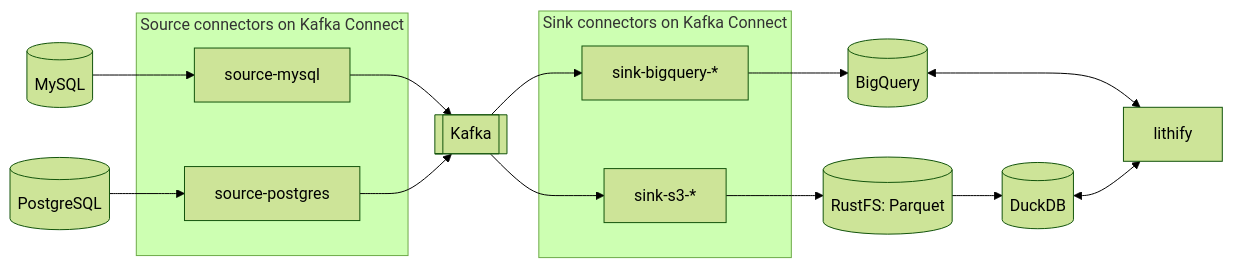
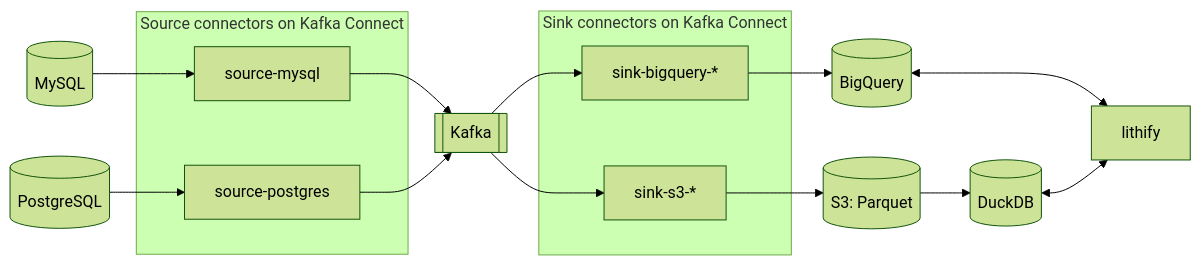
One commit to hayas1/lithify changed the diagram in README.md. Above: the diagram before and after it, drawn with Mermaid (forest theme).

Commit message:
Draw the store the sink writes to as S3
The front page shows lithify outside the local stack, where the change
log lands in S3; RustFS stays a detail of the stack in compose.

Claude-Session: https://claude.ai/code/session_019J7JXgaympUb8HGZaGuxx5

````diff
--- a/README.md
+++ b/README.md
@@ -8,19 +8,19 @@
 ```mermaid
 flowchart LR
   mysql[(MySQL)] --> source-mysql
   postgres[(PostgreSQL)] --> source-postgres
   subgraph sources[Source connectors on Kafka Connect]
     source-mysql
     source-postgres
   end
   source-mysql --> kafka[[Kafka]]
   source-postgres --> kafka
   subgraph sinks[Sink connectors on Kafka Connect]
     sink-bigquery["sink-bigquery-*"]
     sink-s3["sink-s3-*"]
   end
   kafka --> sink-bigquery --> bigquery[(BigQuery)]
-  kafka --> sink-s3 --> rustfs[(RustFS: Parquet)] --> duckdb[(DuckDB)]
+  kafka --> sink-s3 --> s3[(S3: Parquet)] --> duckdb[(DuckDB)]
   bigquery <--> lithify
   duckdb <--> lithify
 ```
````
